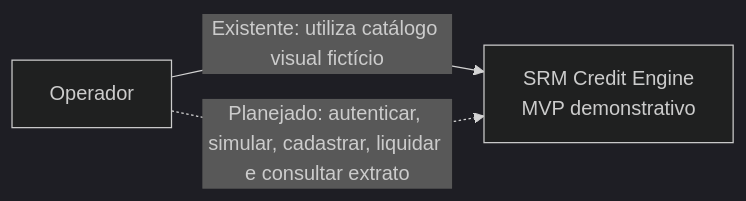
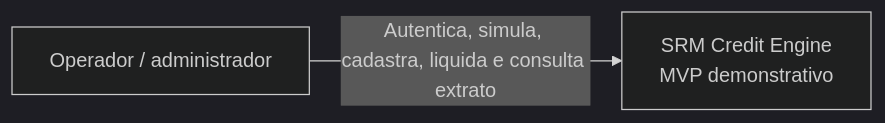
Before and after one commit to RobsonSilverioSantos/srm-credit-engine: the first of 2 diagrams in docs/arquitetura/C4_MVP.md, drawn with Mermaid (dark theme). The commit also changed other lines of this file and 123 other files, not shown here.

````diff
--- a/docs/arquitetura/C4_MVP.md
+++ b/docs/arquitetura/C4_MVP.md
@@ -9,7 +10,6 @@
 ```mermaid
 flowchart LR
-  op["Operador"]
+  op["Operador / administrador"]
   sistema["SRM Credit Engine<br/>MVP demonstrativo"]
-  op -->|"Existente: utiliza catálogo visual fictício"| sistema
-  op -.->|"Planejado: autenticar, simular, cadastrar, liquidar e consultar extrato"| sistema
+  op -->|"Autentica, simula, cadastra, liquida e consulta extrato"| sistema
 ```
````
